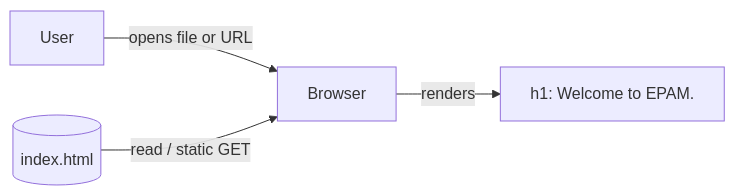
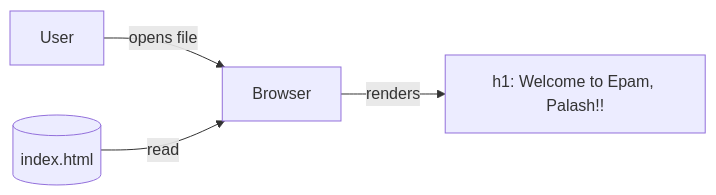
One commit to myselfPalash/capstone-github changed the diagram in architecture.md. Above: the diagram before and after it, drawn with Mermaid. The commit also changed other lines of this file and 7 other files, not shown here.

First line of the commit message:
Show "Welcome to Epam, Palash!!" on the welcome page

````diff
--- a/architecture.md
+++ b/architecture.md
@@ -28,6 +31,6 @@
 ```mermaid
 flowchart LR
-  U[User] -->|opens file or URL| B[Browser]
-  F[(index.html)] -->|read / static GET| B
-  B -->|renders| P["h1: Welcome to EPAM."]
+  U[User] -->|opens file| B[Browser]
+  F[(index.html)] -->|read| B
+  B -->|renders| P["h1: Welcome to Epam, Palash!!"]
 ```
````
